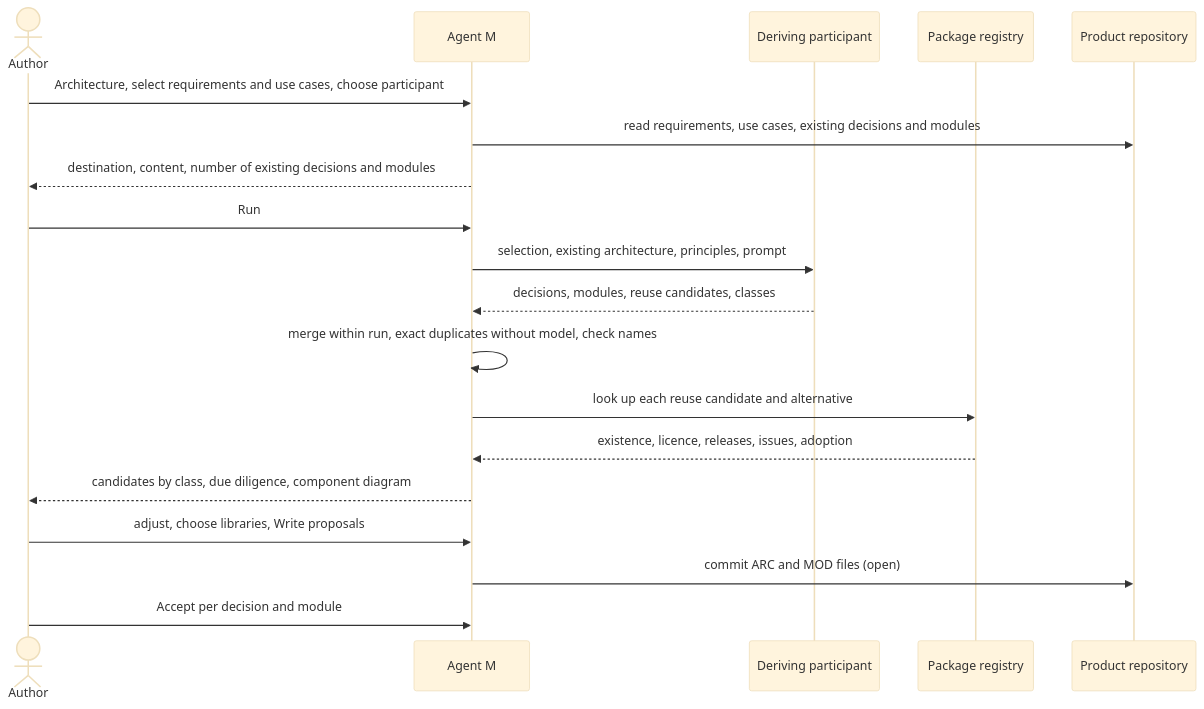
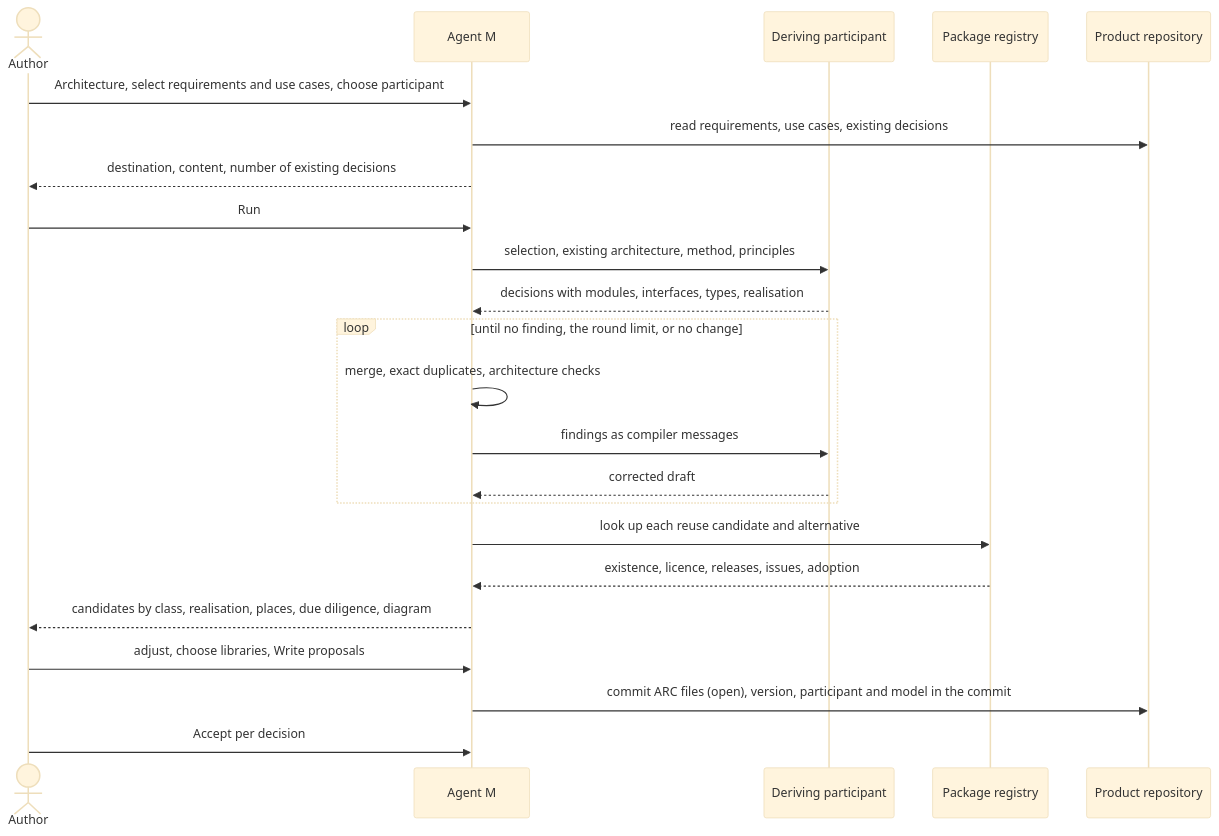
Before and after one commit to akmaier/agent-m: the diagram in docs/use-cases/UC-022-derive-the-architecture.md, drawn with Mermaid (base theme). The commit also changed other lines of this file and 6 other files, not shown here.

First line of the commit message:
spec(queue 2026-10-03b) and UC-022: an architecture precise enough to generate from

````diff
--- a/docs/use-cases/UC-022-derive-the-architecture.md
+++ b/docs/use-cases/UC-022-derive-the-architecture.md
@@ -128,21 +153,25 @@
 ```mermaid
 sequenceDiagram
     actor A as Author
     participant M as Agent M
     participant P as Deriving participant
     participant R as Package registry
     participant G as Product repository
     A->>M: Architecture, select requirements and use cases, choose participant
-    M->>G: read requirements, use cases, existing decisions and modules
-    M-->>A: destination, content, number of existing decisions and modules
+    M->>G: read requirements, use cases, existing decisions
+    M-->>A: destination, content, number of existing decisions
     A->>M: Run
-    M->>P: selection, existing architecture, principles, prompt
-    P-->>M: decisions, modules, reuse candidates, classes
-    M->>M: merge within run, exact duplicates without model, check names
+    M->>P: selection, existing architecture, method, principles
+    P-->>M: decisions with modules, interfaces, types, realisation
+    loop until no finding, the round limit, or no change
+        M->>M: merge, exact duplicates, architecture checks
+        M->>P: findings as compiler messages
+        P-->>M: corrected draft
+    end
     M->>R: look up each reuse candidate and alternative
     R-->>M: existence, licence, releases, issues, adoption
-    M-->>A: candidates by class, due diligence, component diagram
+    M-->>A: candidates by class, realisation, places, due diligence, diagram
     A->>M: adjust, choose libraries, Write proposals
-    M->>G: commit ARC and MOD files (open)
-    A->>M: Accept per decision and module
+    M->>G: commit ARC files (open), version, participant and model in the commit
+    A->>M: Accept per decision
 ```
````
